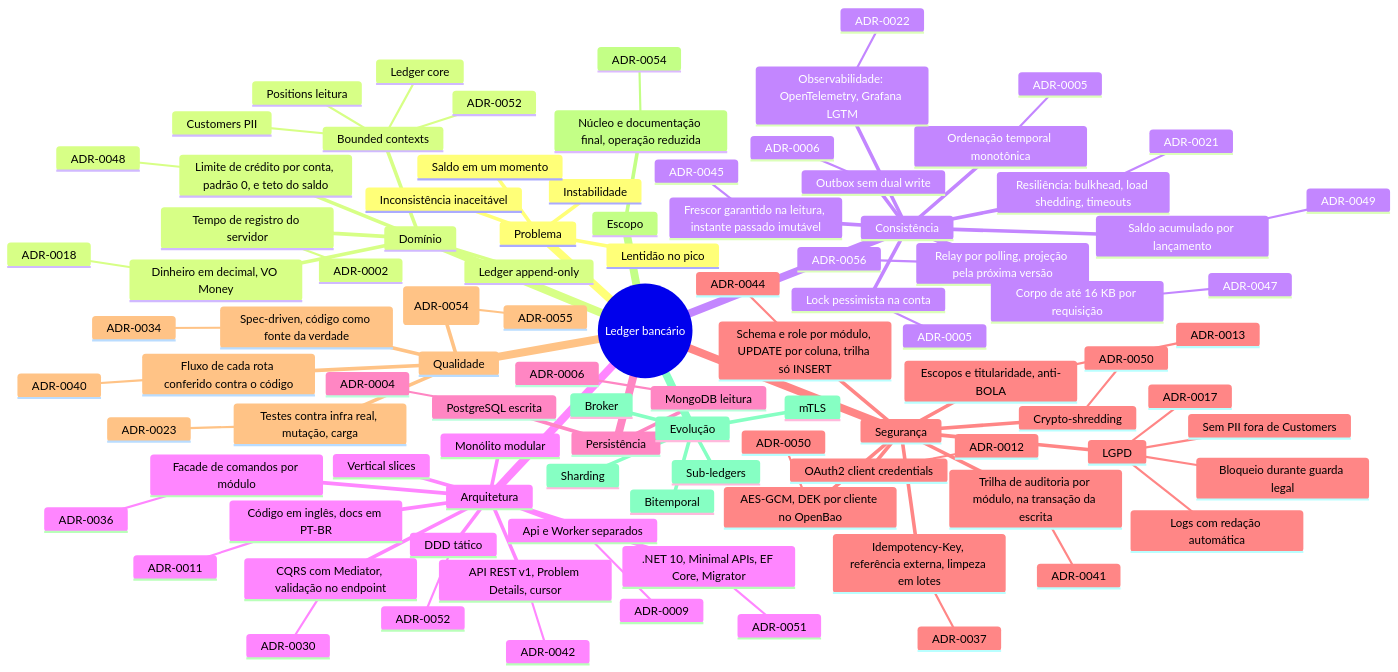
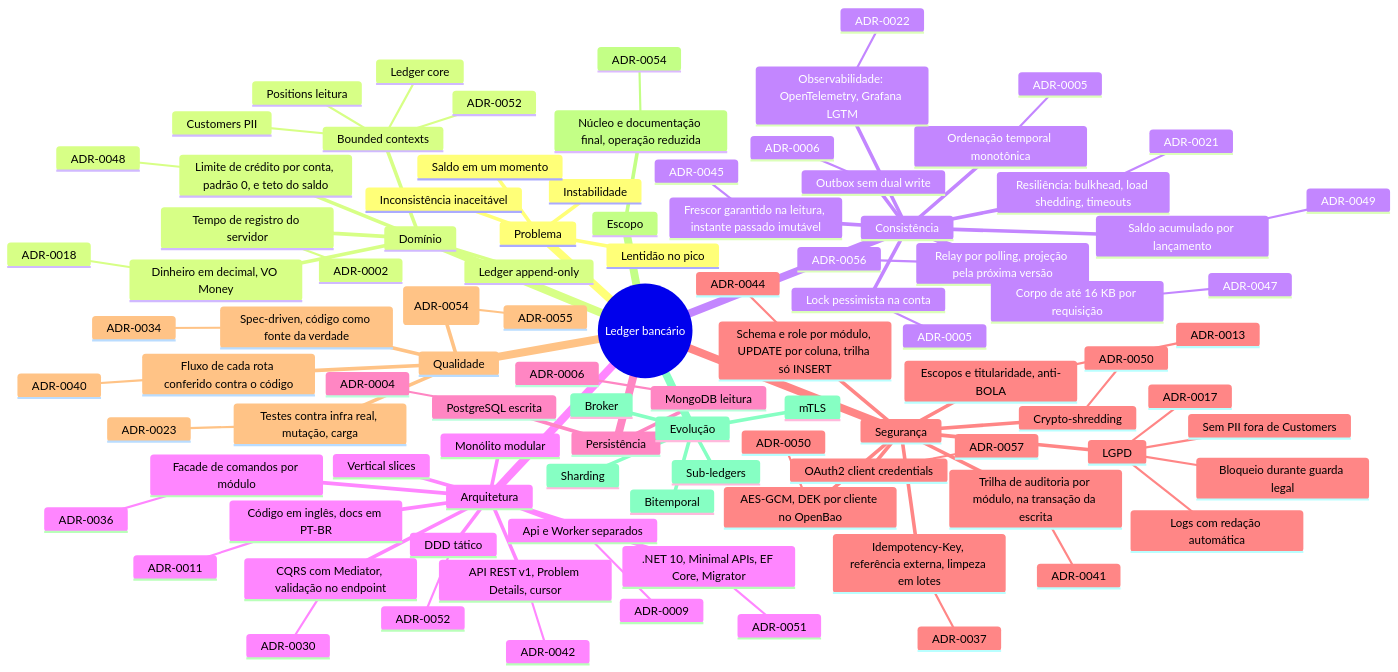
The first of 2 diagrams in docs/mapa-de-decisoes.md (arthuurw/desafio-arquiteto-keyrus), drawn with Mermaid before and after one commit. The commit also changed other lines of this file and 25 other files, not shown here.

```diff
--- a/docs/mapa-de-decisoes.md
+++ b/docs/mapa-de-decisoes.md
@@ -85,7 +85,7 @@
         ADR-0006
     Segurança
       OAuth2 client credentials
-        ADR-0012
+        ADR-0057
       Escopos e titularidade, anti-BOLA
         ADR-0013
       Idempotency-Key, referência externa, limpeza em lotes
```
